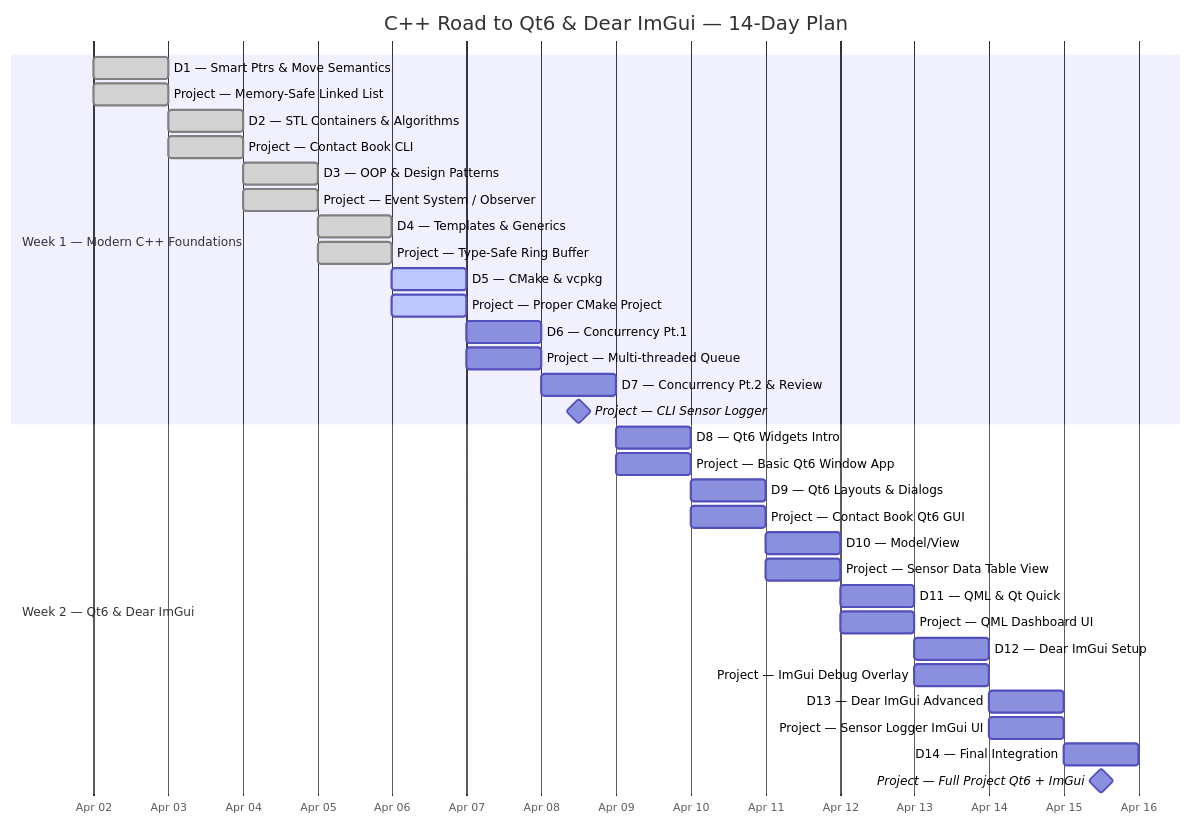
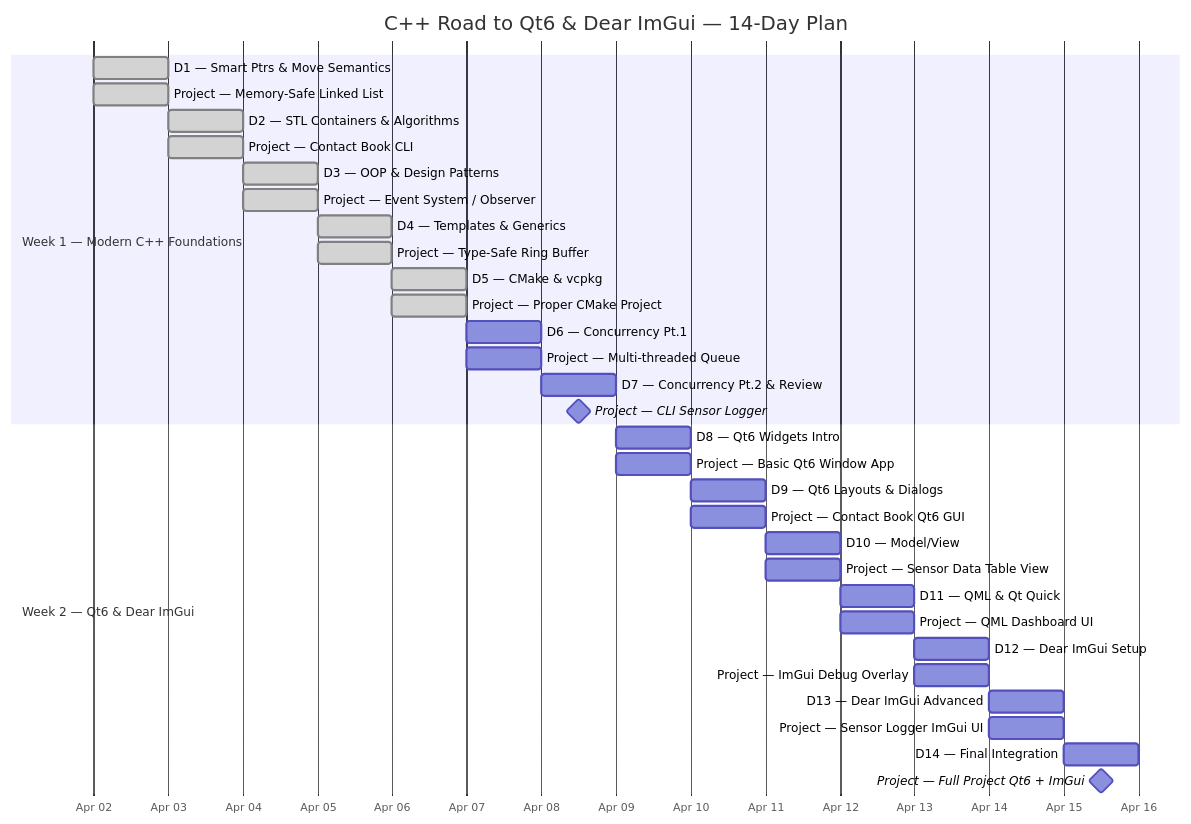
One commit to Unicorn7141/cpp-tutorial changed the diagram in README.md. Above: the diagram before and after it, drawn with Mermaid. The commit also changed other lines of this file, not shown here.

````diff
--- a/README.md
+++ b/README.md
@@ -26,39 +26,39 @@
 ```mermaid
 gantt
     title C++ Road to Qt6 & Dear ImGui — 14-Day Plan
     dateFormat  YYYY-MM-DD
     axisFormat  %b %d
     todayMarker on
 
     section Week 1 — Modern C++ Foundations
     D1 — Smart Ptrs & Move Semantics   :done, 2026-04-02, 1d
     Project — Memory-Safe Linked List   :done, 2026-04-02, 1d
     D2 — STL Containers & Algorithms   :done, 2026-04-03, 1d
     Project — Contact Book CLI   :done, 2026-04-03, 1d
     D3 — OOP & Design Patterns   :done, 2026-04-04, 1d
     Project — Event System / Observer   :done, 2026-04-04, 1d
     D4 — Templates & Generics   :done, 2026-04-05, 1d
     Project — Type-Safe Ring Buffer   :done, 2026-04-05, 1d
-    D5 — CMake & vcpkg   :active, 2026-04-06, 1d
-    Project — Proper CMake Project   :active, 2026-04-06, 1d
+    D5 — CMake & vcpkg   :done, 2026-04-06, 1d
+    Project — Proper CMake Project   :done, 2026-04-06, 1d
     D6 — Concurrency Pt.1   :2026-04-07, 1d
     Project — Multi-threaded Queue   :2026-04-07, 1d
     D7 — Concurrency Pt.2 & Review   :2026-04-08, 1d
     Project — CLI Sensor Logger   :milestone, 2026-04-08, 1d
 
     section Week 2 — Qt6 & Dear ImGui
     D8 — Qt6 Widgets Intro   :2026-04-09, 1d
     Project — Basic Qt6 Window App   :2026-04-09, 1d
     D9 — Qt6 Layouts & Dialogs   :2026-04-10, 1d
     Project — Contact Book Qt6 GUI   :2026-04-10, 1d
     D10 — Model/View   :2026-04-11, 1d
     Project — Sensor Data Table View   :2026-04-11, 1d
     D11 — QML & Qt Quick   :2026-04-12, 1d
     Project — QML Dashboard UI   :2026-04-12, 1d
     D12 — Dear ImGui Setup   :2026-04-13, 1d
     Project — ImGui Debug Overlay   :2026-04-13, 1d
     D13 — Dear ImGui Advanced   :2026-04-14, 1d
     Project — Sensor Logger ImGui UI   :2026-04-14, 1d
     D14 — Final Integration   :2026-04-15, 1d
     Project — Full Project Qt6 + ImGui   :milestone, 2026-04-15, 1d
 ```
````
